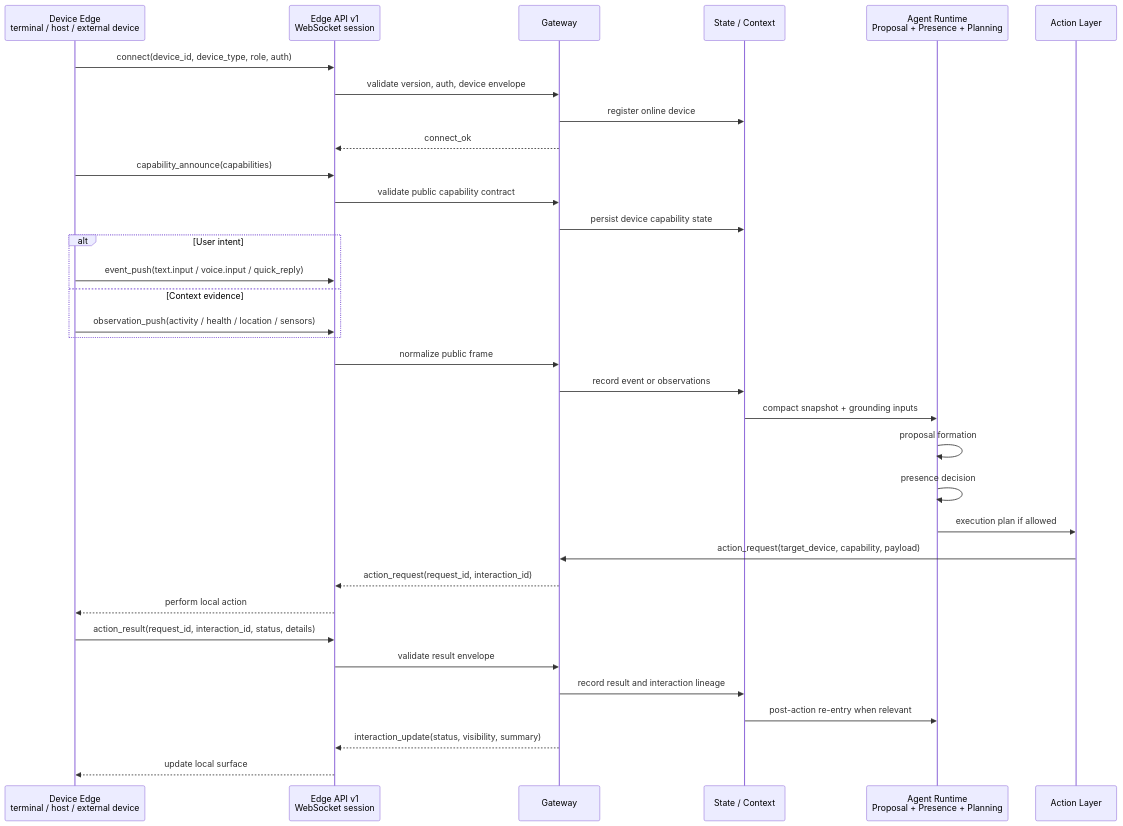
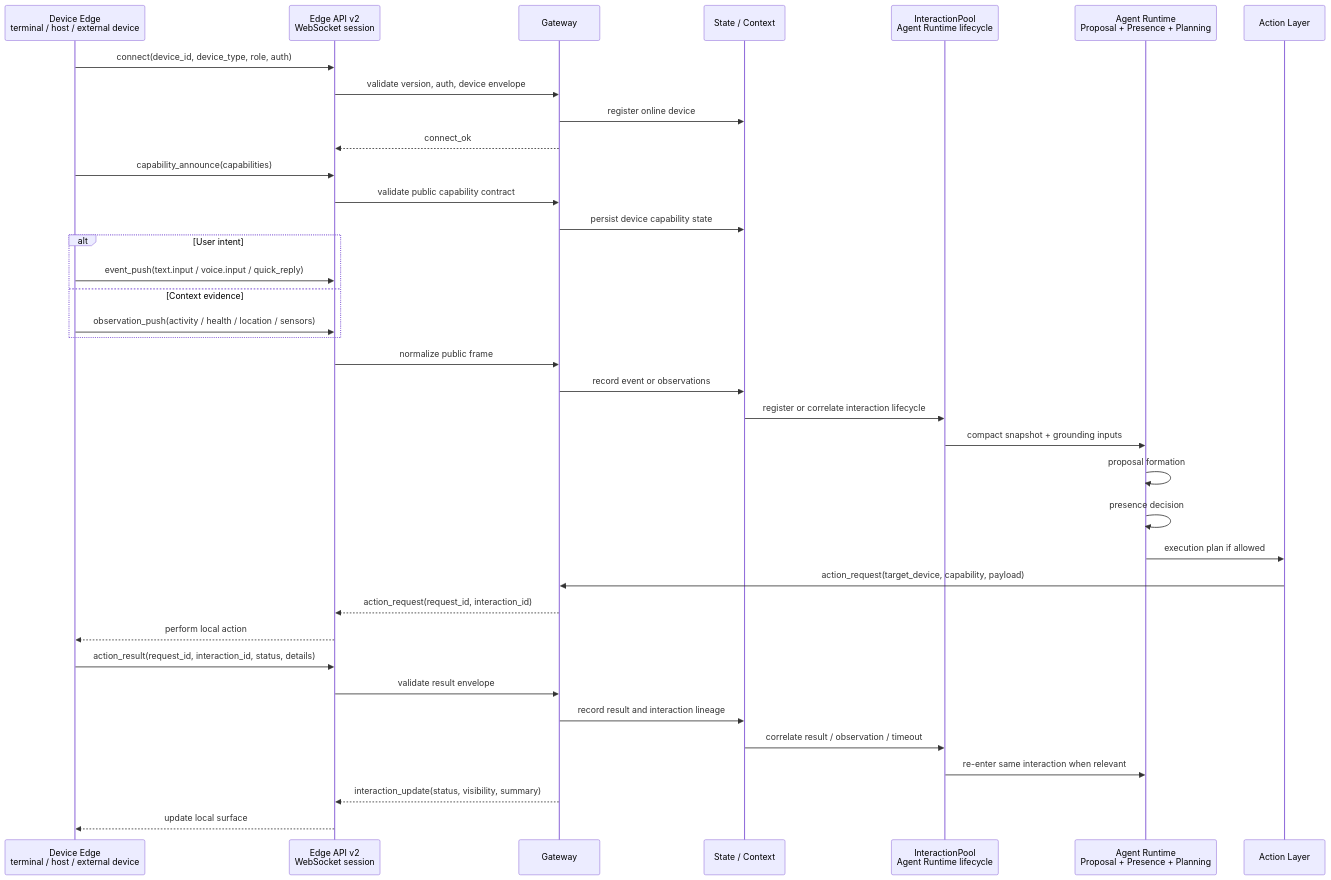
One commit to nwomn/openhalo changed the second of 3 diagrams in docs/plans/2026-06-16-runtime-architecture-design.md. Above: the diagram before and after it, drawn with Mermaid. The commit also changed other lines of this file and 11 other files, not shown here.

Commit message:
refactor: keep interaction continuation inside agent runtime

````diff
--- a/docs/plans/2026-06-16-runtime-architecture-design.md
+++ b/docs/plans/2026-06-16-runtime-architecture-design.md
@@ -78,41 +81,44 @@
 ```mermaid
 sequenceDiagram
     participant Edge as Device Edge<br/>terminal / host / external device
-    participant API as Edge API v1<br/>WebSocket session
+    participant API as Edge API v2<br/>WebSocket session
     participant GW as Gateway
     participant State as State / Context
+    participant Pool as InteractionPool<br/>Agent Runtime lifecycle
     participant Agent as Agent Runtime<br/>Proposal + Presence + Planning
     participant Action as Action Layer
 
     Edge->>API: connect(device_id, device_type, role, auth)
     API->>GW: validate version, auth, device envelope
     GW->>State: register online device
     GW-->>API: connect_ok
 
     Edge->>API: capability_announce(capabilities)
     API->>GW: validate public capability contract
     GW->>State: persist device capability state
 
     alt User intent
         Edge->>API: event_push(text.input / voice.input / quick_reply)
     else Context evidence
         Edge->>API: observation_push(activity / health / location / sensors)
     end
 
     API->>GW: normalize public frame
     GW->>State: record event or observations
-    State->>Agent: compact snapshot + grounding inputs
+    State->>Pool: register or correlate interaction lifecycle
+    Pool->>Agent: compact snapshot + grounding inputs
     Agent->>Agent: proposal formation
     Agent->>Agent: presence decision
     Agent->>Action: execution plan if allowed
     Action->>GW: action_request(target_device, capability, payload)
     GW-->>API: action_request(request_id, interaction_id)
     API-->>Edge: perform local action
 
     Edge->>API: action_result(request_id, interaction_id, status, details)
     API->>GW: validate result envelope
     GW->>State: record result and interaction lineage
-    State->>Agent: post-action re-entry when relevant
+    State->>Pool: correlate result / observation / timeout
+    Pool->>Agent: re-enter same interaction when relevant
     GW-->>API: interaction_update(status, visibility, summary)
     API-->>Edge: update local surface
 ```
````
